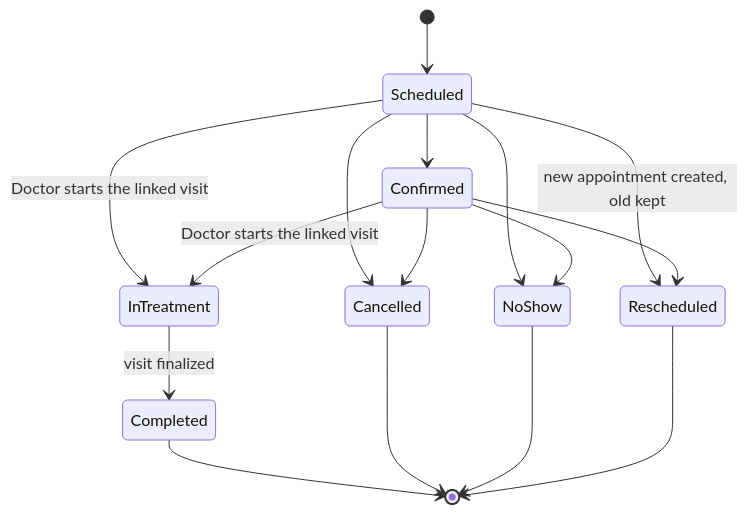
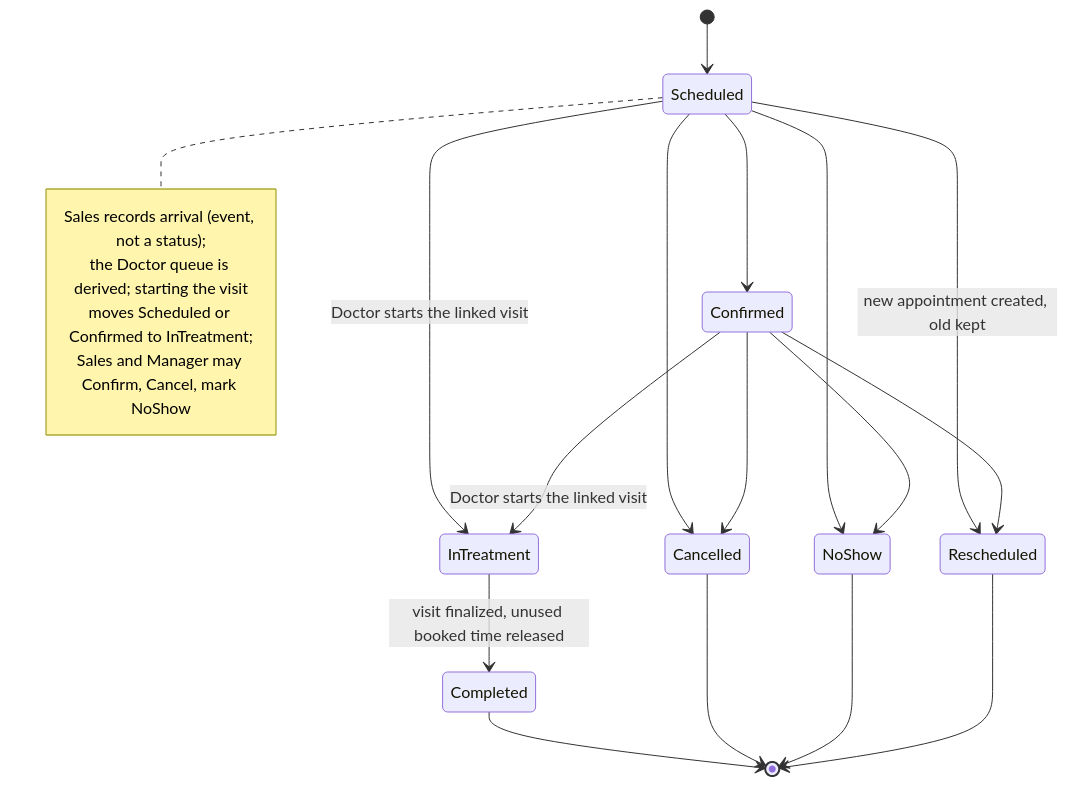
The eighth of 26 diagrams in docs/DIAGRAMS.md (mostafaabdullah11/Dental-clinical-system), drawn with Mermaid before and after one commit. The commit also changed other lines of this file and 51 other files, not shown here.

````diff
--- a/docs/DIAGRAMS.md
+++ b/docs/DIAGRAMS.md
@@ -275,18 +303,24 @@
 ```mermaid
 stateDiagram-v2
     [*] --> Scheduled
     Scheduled --> Confirmed
     Scheduled --> InTreatment: Doctor starts the linked visit
     Confirmed --> InTreatment: Doctor starts the linked visit
-    InTreatment --> Completed: visit finalized
+    InTreatment --> Completed: visit finalized, unused booked time released
     Scheduled --> Cancelled
     Confirmed --> Cancelled
     Scheduled --> NoShow
     Confirmed --> NoShow
     Scheduled --> Rescheduled: new appointment created, old kept
     Confirmed --> Rescheduled
     Completed --> [*]
     Cancelled --> [*]
     NoShow --> [*]
     Rescheduled --> [*]
+    note right of Scheduled
+        Sales records arrival (event, not a status);
+        the Doctor queue is derived; starting the visit
+        moves Scheduled or Confirmed to InTreatment;
+        Sales and Manager may Confirm, Cancel, mark NoShow
+    end note
 ```
````
